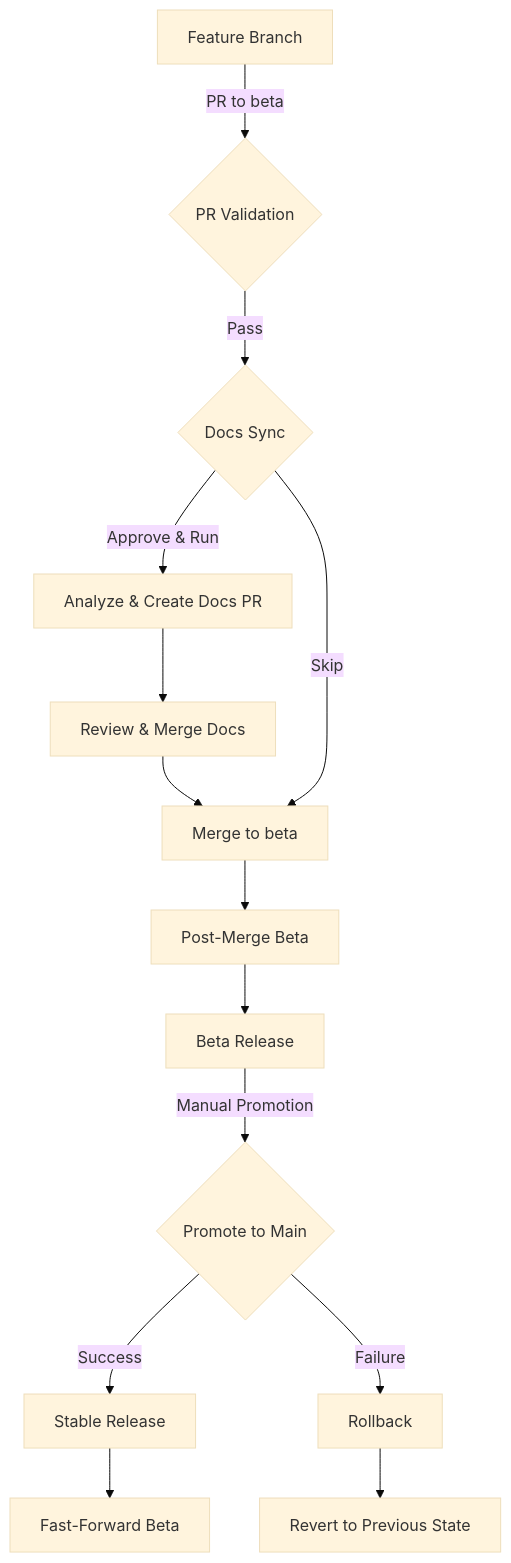
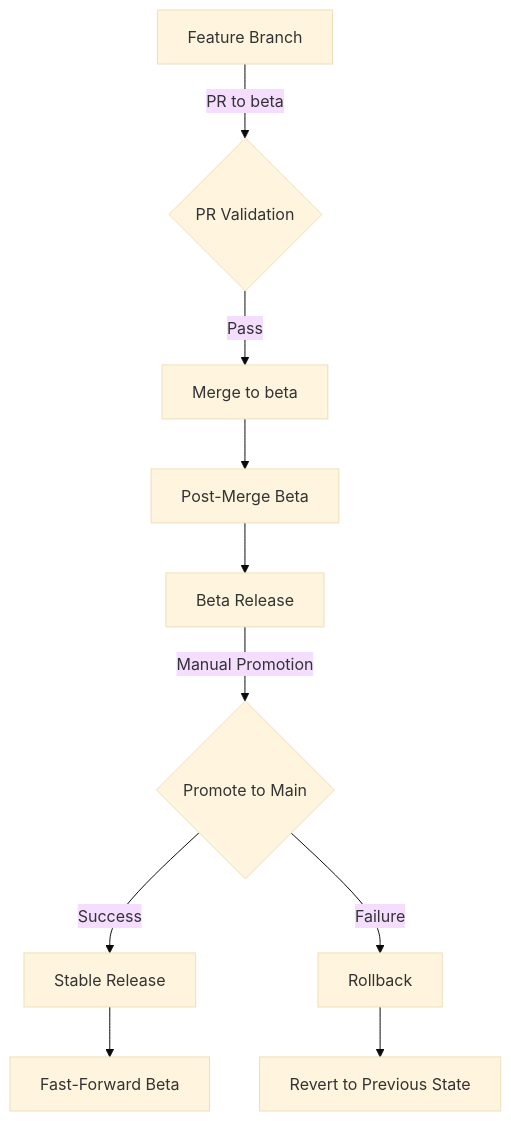
One commit to OsulivanAB/SpectrumFederation changed the first of 2 diagrams in docs/development/getting-started/workflows.md. Above: the diagram before and after it, drawn with Mermaid (base theme). The commit also changed other lines of this file and 4 other files, not shown here.

````diff
--- a/docs/development/getting-started/workflows.md
+++ b/docs/development/getting-started/workflows.md
@@ -7,16 +7,12 @@
 ```mermaid
 graph TB
     A[Feature Branch] -->|PR to beta| B{PR Validation}
-    B -->|Pass| C{Docs Sync}
-    C -->|Approve & Run| D[Analyze & Create Docs PR]
-    D --> E[Review & Merge Docs]
-    E --> F[Merge to beta]
-    C -->|Skip| F
-    F --> G[Post-Merge Beta]
-    G --> H[Beta Release]
-    H -->|Manual Promotion| I{Promote to Main}
-    I -->|Success| J[Stable Release]
-    I -->|Failure| K[Rollback]
-    K --> L[Revert to Previous State]
-    J --> M[Fast-Forward Beta]
+    B -->|Pass| C[Merge to beta]
+    C --> D[Post-Merge Beta]
+    D --> E[Beta Release]
+    E -->|Manual Promotion| F{Promote to Main}
+    F -->|Success| G[Stable Release]
+    F -->|Failure| H[Rollback]
+    H --> I[Revert to Previous State]
+    G --> J[Fast-Forward Beta]
 ```
````
